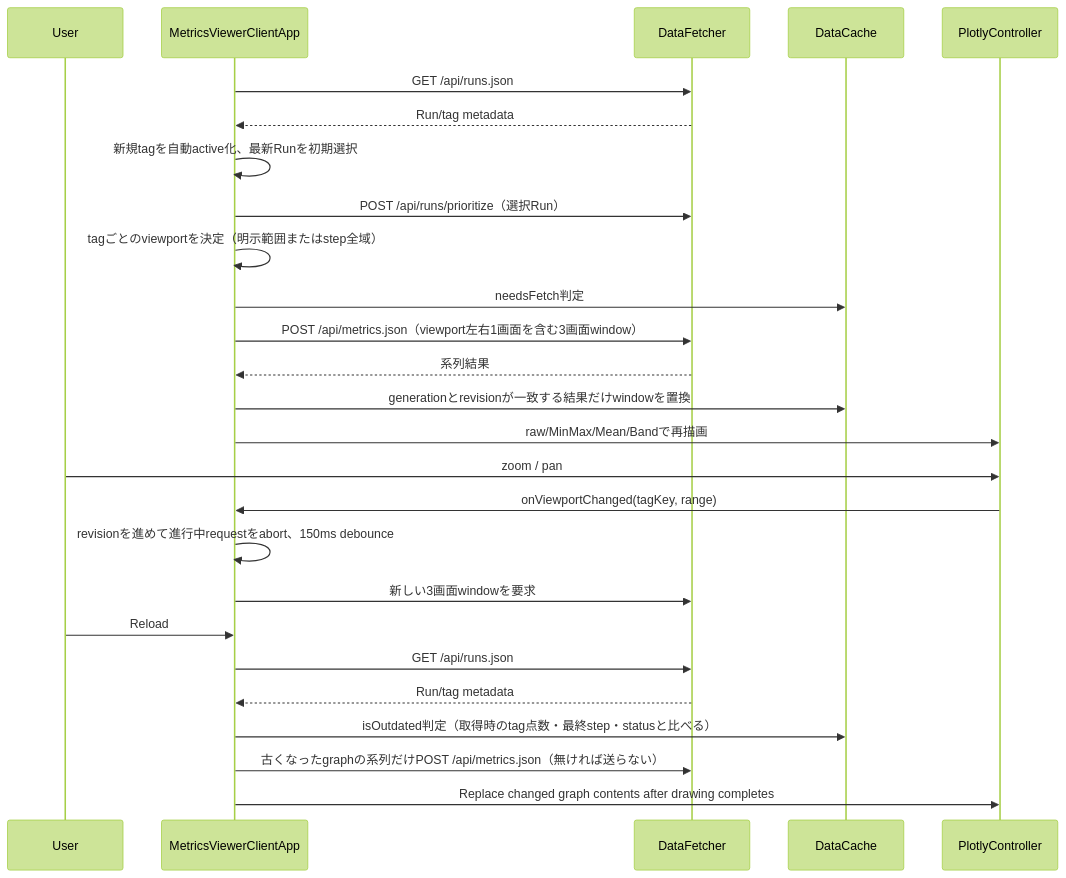
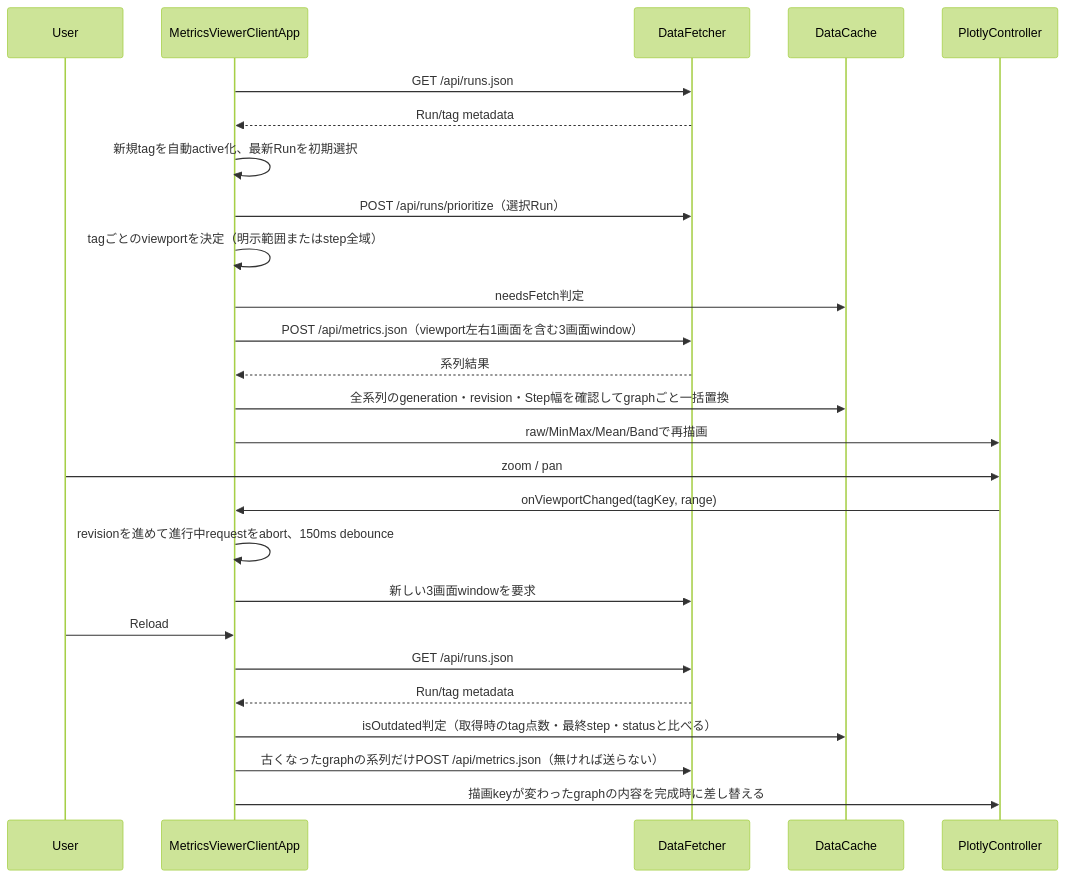
One commit to kazukin123/anet-lab changed the fifth of 5 diagrams in docs/design/210_metrics_viewer.en.md. Above: the diagram before and after it, drawn with Mermaid (forest theme). The commit also changed other lines of this file and 21 other files, not shown here.

````diff
--- a/docs/design/210_metrics_viewer.en.md
+++ b/docs/design/210_metrics_viewer.en.md
@@ -526,31 +526,31 @@
 ```mermaid
 sequenceDiagram
     participant U as User
     participant A as MetricsViewerClientApp
     participant F as DataFetcher
     participant K as DataCache
     participant P as PlotlyController
 
     A->>F: GET /api/runs.json
     F-->>A: Run/tag metadata
     A->>A: 新規tagを自動active化、最新Runを初期選択
     A->>F: POST /api/runs/prioritize（選択Run）
     A->>A: tagごとのviewportを決定（明示範囲またはstep全域）
     A->>K: needsFetch判定
     A->>F: POST /api/metrics.json（viewport左右1画面を含む3画面window）
     F-->>A: 系列結果
-    A->>K: generationとrevisionが一致する結果だけwindowを置換
+    A->>K: 全系列のgeneration・revision・Step幅を確認してgraphごと一括置換
     A->>P: raw/MinMax/Mean/Bandで再描画
 
     U->>P: zoom / pan
     P->>A: onViewportChanged(tagKey, range)
     A->>A: revisionを進めて進行中requestをabort、150ms debounce
     A->>F: 新しい3画面windowを要求
 
     U->>A: Reload
     A->>F: GET /api/runs.json
     F-->>A: Run/tag metadata
     A->>K: isOutdated判定（取得時のtag点数・最終step・statusと比べる）
     A->>F: 古くなったgraphの系列だけPOST /api/metrics.json（無ければ送らない）
-    A->>P: Replace changed graph contents after drawing completes
+    A->>P: 描画keyが変わったgraphの内容を完成時に差し替える
 ```
````
